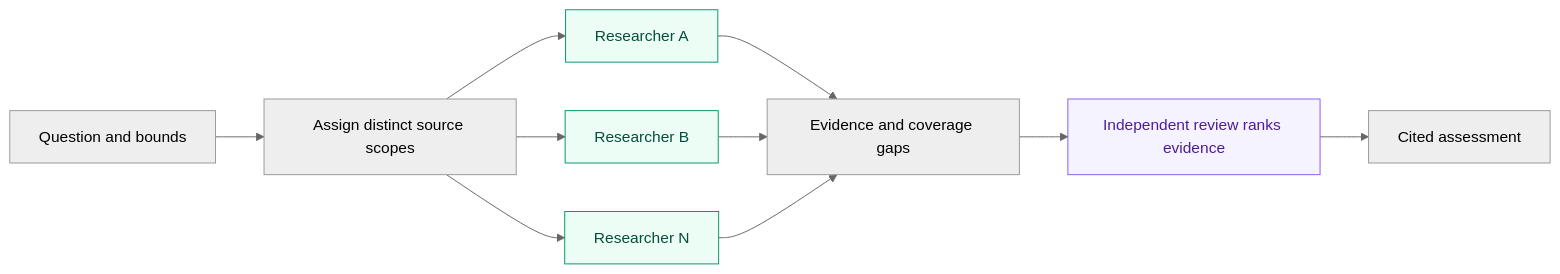
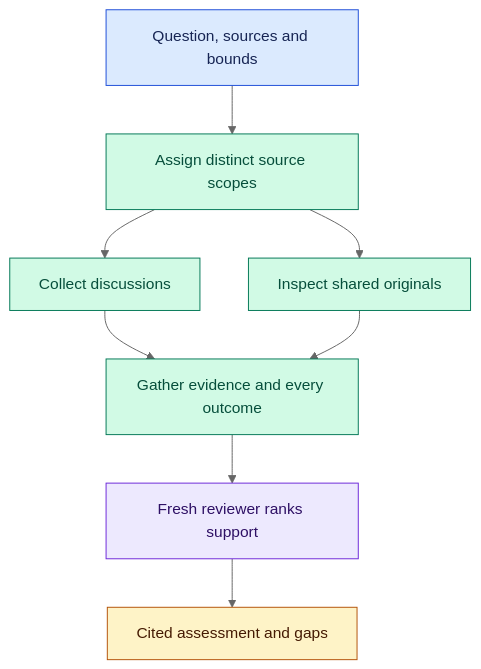
Before and after one commit to DanMcInerney/orchflows: the diagram in example-workflows/social-search/README.md, drawn with Mermaid (neutral theme). The commit also changed other lines of this file and 29 other files, not shown here.

````diff
--- a/example-workflows/social-search/README.md
+++ b/example-workflows/social-search/README.md
@@ -31,16 +20,18 @@
 ```mermaid
-flowchart LR
-    Q[Question and bounds] --> A[Assign distinct source scopes]
-    A --> R1[Researcher A]
-    A --> R2[Researcher B]
-    A --> RN[Researcher N]
-    R1 --> E[Evidence and coverage gaps]
-    R2 --> E
-    RN --> E
-    E --> J[Independent review ranks evidence]
-    J --> O[Cited assessment]
-    classDef work fill:#ecfdf5,stroke:#059669,color:#064e3b;
-    classDef review fill:#f5f3ff,stroke:#8b5cf6,color:#4c1d95;
-    class R1,R2,RN work;
-    class J review;
+flowchart TD
+    Q[Question, sources and bounds] --> A[Assign distinct source scopes]
+    A --> B[Collect discussions]
+    A --> C[Inspect shared originals]
+    B --> E[Gather evidence and every outcome]
+    C --> E
+    E --> R[Fresh reviewer ranks support]
+    R --> O[Cited assessment and gaps]
+    classDef input fill:#dbeafe,stroke:#1d4ed8,color:#172554;
+    classDef work fill:#d1fae5,stroke:#047857,color:#064e3b;
+    classDef review fill:#ede9fe,stroke:#6d28d9,color:#2e1065;
+    classDef output fill:#fef3c7,stroke:#b45309,color:#451a03;
+    class Q input;
+    class A,B,C,E work;
+    class R review;
+    class O output;
 ```
````
